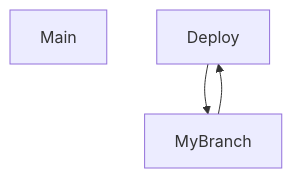
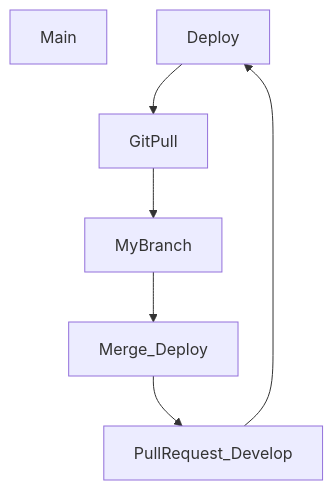
The diagram in README.md (TheNefelin/BootcApp), drawn with Mermaid before and after one commit. The commit also changed other lines of this file, not shown here.

Commit message:
Security in Grade List

````diff
--- a/README.md
+++ b/README.md
@@ -13,6 +13,9 @@
 ```mermaid
 graph TD;
     Main
-    Deploy --> MyBranch 
-    MyBranch --> Deploy;
+    Deploy --> GitPull 
+    GitPull --> MyBranch
+    MyBranch --> Merge_Deploy
+    Merge_Deploy --> PullRequest_Develop
+    PullRequest_Develop --> Deploy;
 ```
````
